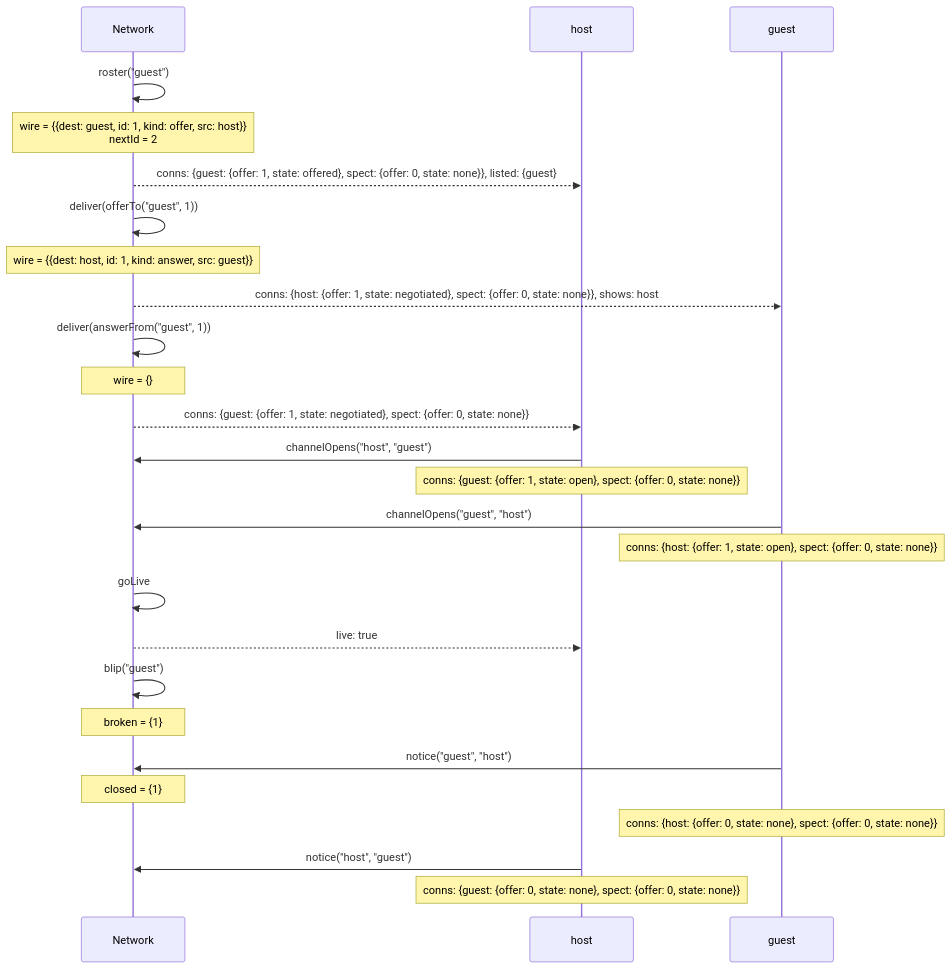
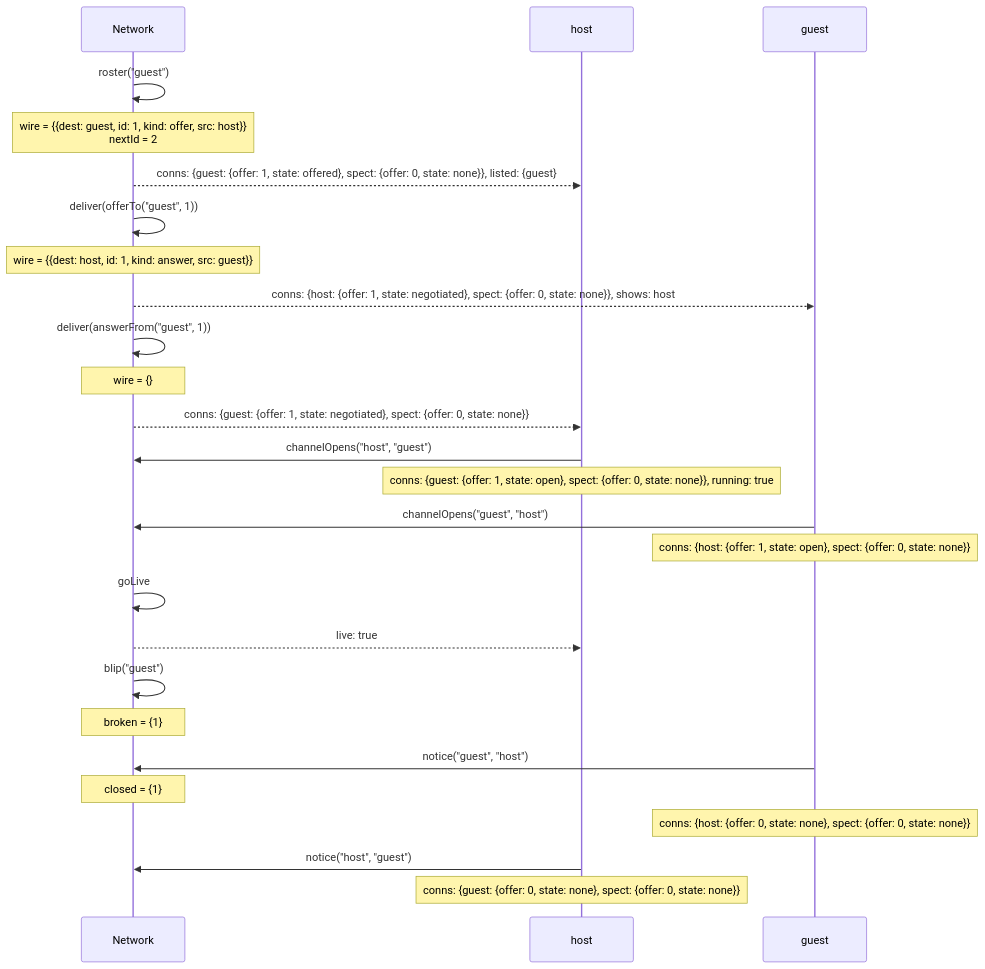
Before and after one commit to kwilson21/kaillera-next: diagram 12 of 12 in docs/spec-traces.md, drawn with Mermaid. The commit also changed 3 other files, not shown here.

````diff
--- a/docs/spec-traces.md
+++ b/docs/spec-traces.md
@@ -363,28 +363,28 @@
 ```mermaid
 sequenceDiagram
   participant Network
   participant host
   participant guest
   Network->>Network: roster("guest")
   Note over Network: wire = {{dest: guest, id: 1, kind: offer, src: host}}<br/>nextId = 2
   Network-->>host: conns: {guest: {offer: 1, state: offered}, spect: {offer: 0, state: none}}, listed: {guest}
   Network->>Network: deliver(offerTo("guest", 1))
   Note over Network: wire = {{dest: host, id: 1, kind: answer, src: guest}}
   Network-->>guest: conns: {host: {offer: 1, state: negotiated}, spect: {offer: 0, state: none}}, shows: host
   Network->>Network: deliver(answerFrom("guest", 1))
   Note over Network: wire = {}
   Network-->>host: conns: {guest: {offer: 1, state: negotiated}, spect: {offer: 0, state: none}}
   host->>Network: channelOpens("host", "guest")
-  Note over host: conns: {guest: {offer: 1, state: open}, spect: {offer: 0, state: none}}
+  Note over host: conns: {guest: {offer: 1, state: open}, spect: {offer: 0, state: none}}, running: true
   guest->>Network: channelOpens("guest", "host")
   Note over guest: conns: {host: {offer: 1, state: open}, spect: {offer: 0, state: none}}
   Network->>Network: goLive
   Network-->>host: live: true
   Network->>Network: blip("guest")
   Note over Network: broken = {1}
   guest->>Network: notice("guest", "host")
   Note over Network: closed = {1}
   Note over guest: conns: {host: {offer: 0, state: none}, spect: {offer: 0, state: none}}
   host->>Network: notice("host", "guest")
   Note over host: conns: {guest: {offer: 0, state: none}, spect: {offer: 0, state: none}}
 ```
````
